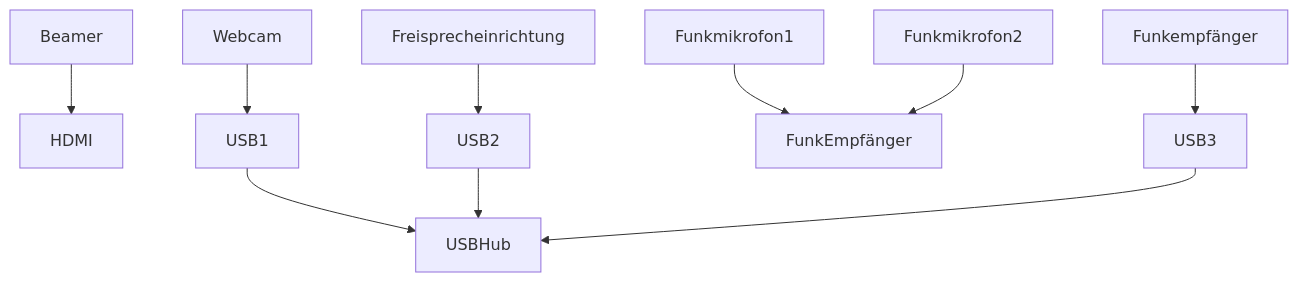
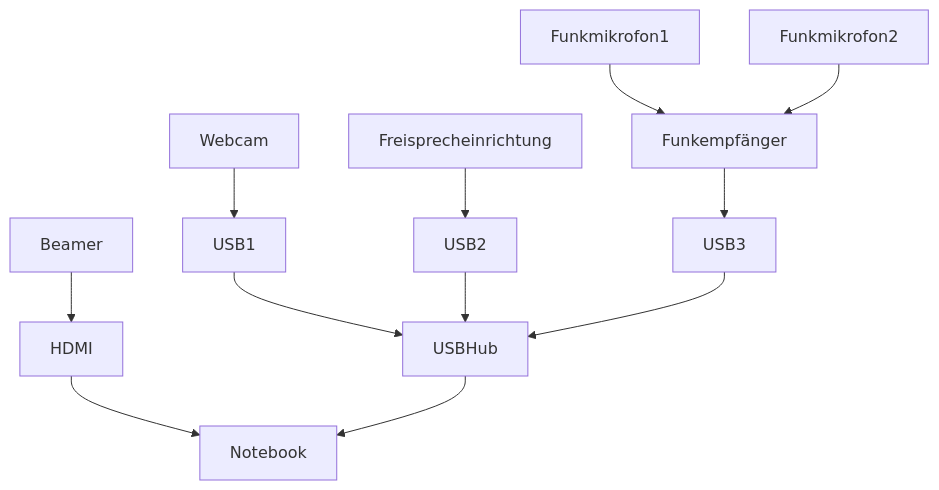
The diagram in loscon22/Readme.md (cogneon/digital-asset-pool), drawn with Mermaid before and after one commit. The commit also changed other lines of this file, not shown here.

````diff
--- a/loscon22/Readme.md
+++ b/loscon22/Readme.md
@@ -19,12 +20,14 @@
 ```mermaid
   graph TD;
       Beamer-->HDMI;
       Webcam-->USB1;
       Freisprecheinrichtung-->USB2;
-      Funkmikrofon1-->FunkEmpfänger;
-      Funkmikrofon2-->FunkEmpfänger;
+      Funkmikrofon1-->Funkempfänger;
+      Funkmikrofon2-->Funkempfänger;
       Funkempfänger-->USB3;
       USB1-->USBHub;
       USB2-->USBHub;
       USB3-->USBHub;
+      HDMI-->Notebook;
+      USBHub-->Notebook;
 ```
````
